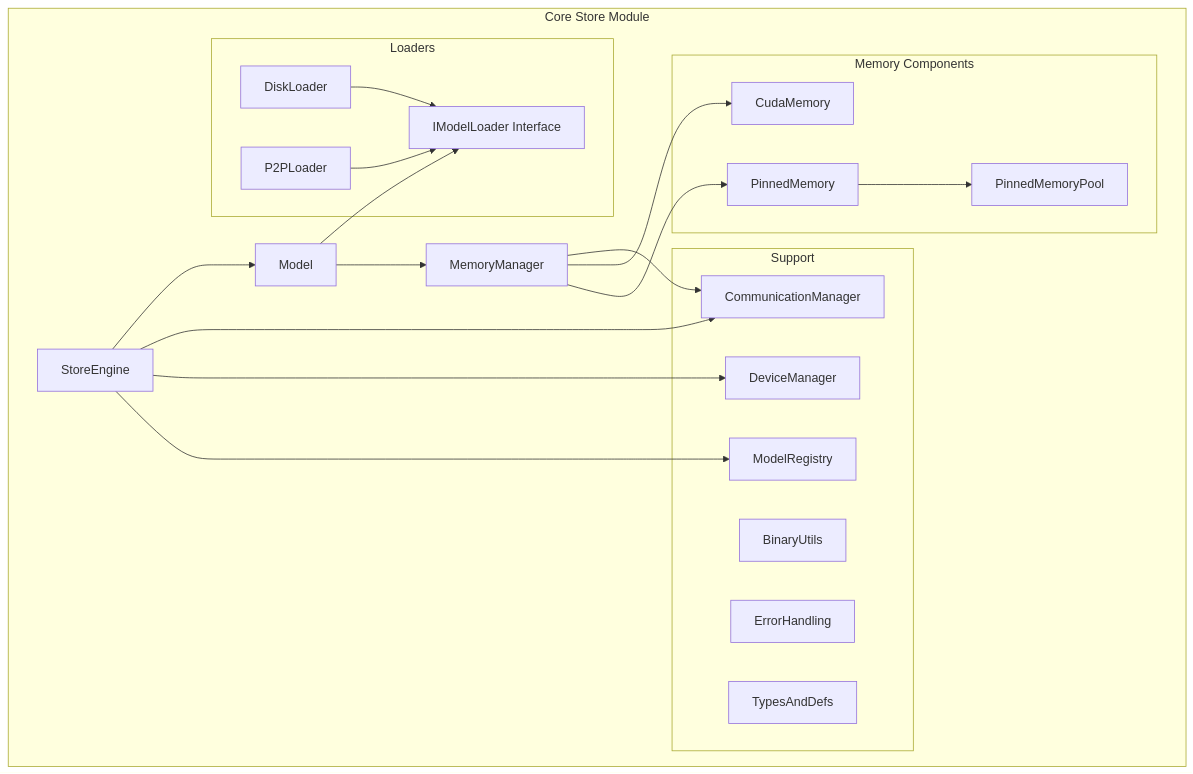
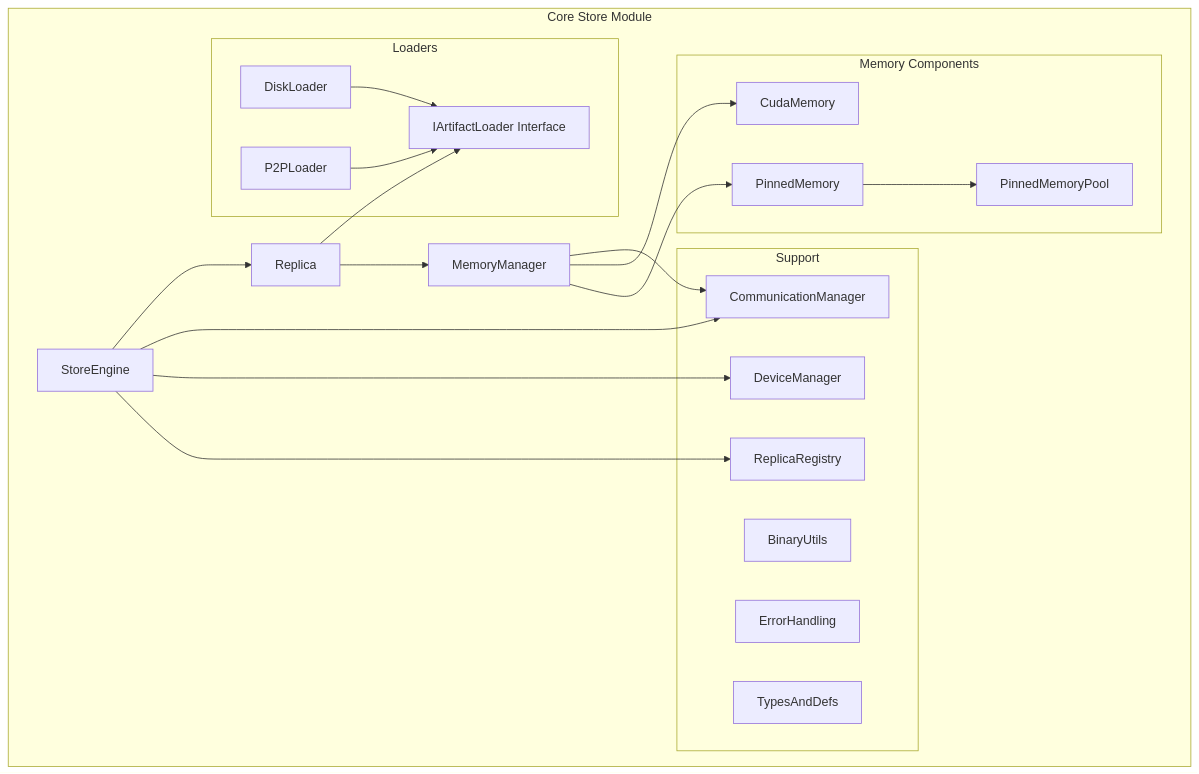
The diagram in web-docs/docs/developer-guides/core/store/overview.md (tensorcast-ai/tensorcast), drawn with Mermaid before and after one commit. The commit also changed other lines of this file and 331 other files, not shown here.

Commit message:
refactor: refactor model to artifact & replica

````diff
--- a/web-docs/docs/developer-guides/core/store/overview.md
+++ b/web-docs/docs/developer-guides/core/store/overview.md
@@ -25,42 +25,42 @@
 ```mermaid
 graph TB
     subgraph "Core Store Module"
         CS[StoreEngine]
-        M[Model]
+        M[Replica]
         MM[MemoryManager]
 
         subgraph "Loaders"
             DL[DiskLoader]
             RL[P2PLoader]
-            IL[IModelLoader Interface]
+            IL[IArtifactLoader Interface]
         end
 
         subgraph "Memory Components"
             PM[PinnedMemory]
             CM[CudaMemory]
             PMP[PinnedMemoryPool]
         end
 
         subgraph "Support"
-            MR[ModelRegistry]
+            MR[ReplicaRegistry]
             DM[DeviceManager]
             CMN[CommunicationManager]
             BU[BinaryUtils]
             EH[ErrorHandling]
             TD[TypesAndDefs]
         end
     end
 
     CS --> MR
     CS --> DM
     CS --> CMN
     CS --> M
     M --> MM
     M --> IL
     DL --> IL
     RL --> IL
     MM --> PM
     MM --> CM
     PM --> PMP
     MM --> CMN
 ```
````
